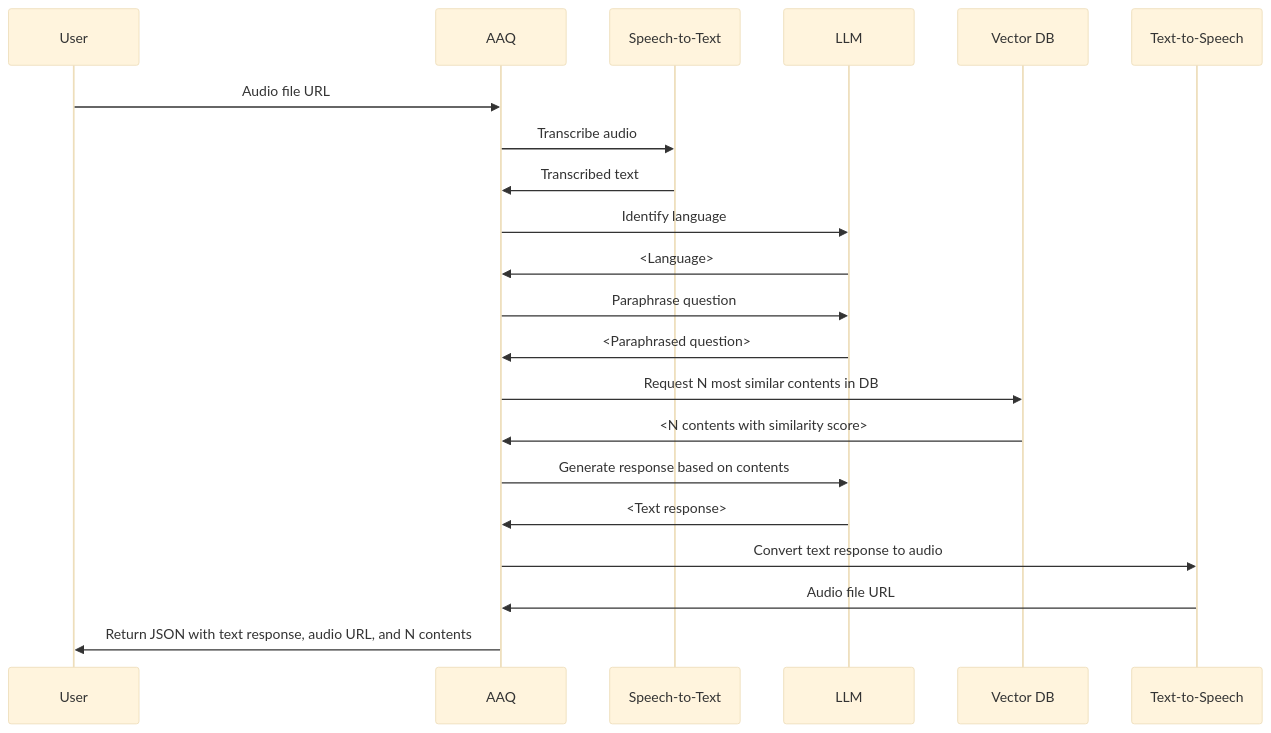
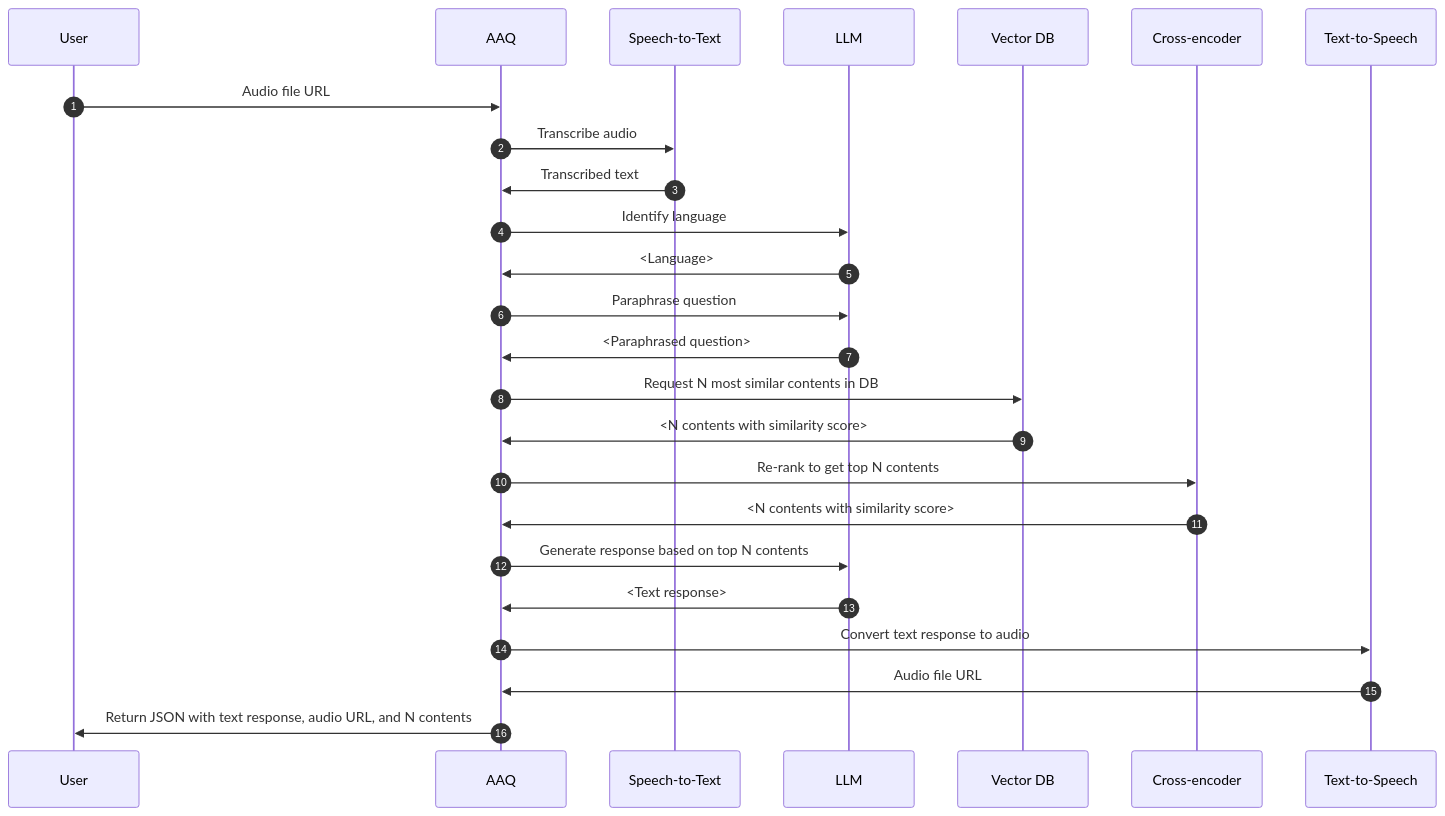
One commit to IDinsight/ask-a-question changed the diagram in docs/components/qa-service/voice-search.md. Above: the diagram before and after it, drawn with Mermaid. The commit also changed 4 other files, not shown here.

````diff
--- a/docs/components/qa-service/voice-search.md
+++ b/docs/components/qa-service/voice-search.md
@@ -11,26 +11,20 @@
 ```mermaid
-%%{init: {'theme': 'base', 'themeVariables': { 'fontSize': '16px', 'messageFontSize': '16px', 'noteMargin': '10px'}}}%%
 sequenceDiagram
-    participant User
-    participant AAQ
-    participant Speech-to-Text
-    participant LLM
-    participant Vector DB
-    participant Text-to-Speech
-
+    autonumber
     User->>AAQ: Audio file URL
     AAQ->>Speech-to-Text: Transcribe audio
     Speech-to-Text->>AAQ: Transcribed text
     AAQ->>LLM: Identify language
     LLM->>AAQ: <Language>
     AAQ->>LLM: Paraphrase question
     LLM->>AAQ: <Paraphrased question>
     AAQ->>Vector DB: Request N most similar contents in DB
     Vector DB->>AAQ: <N contents with similarity score>
-    AAQ->>LLM: Generate response based on contents
+    AAQ->>Cross-encoder: Re-rank to get top N contents
+    Cross-encoder->>AAQ: <N contents with similarity score>
+    AAQ->>LLM: Generate response based on top N contents
     LLM->>AAQ: <Text response>
     AAQ->>Text-to-Speech: Convert text response to audio
     Text-to-Speech->>AAQ: Audio file URL
     AAQ->>User: Return JSON with text response, audio URL, and N contents
-
 ```
````
